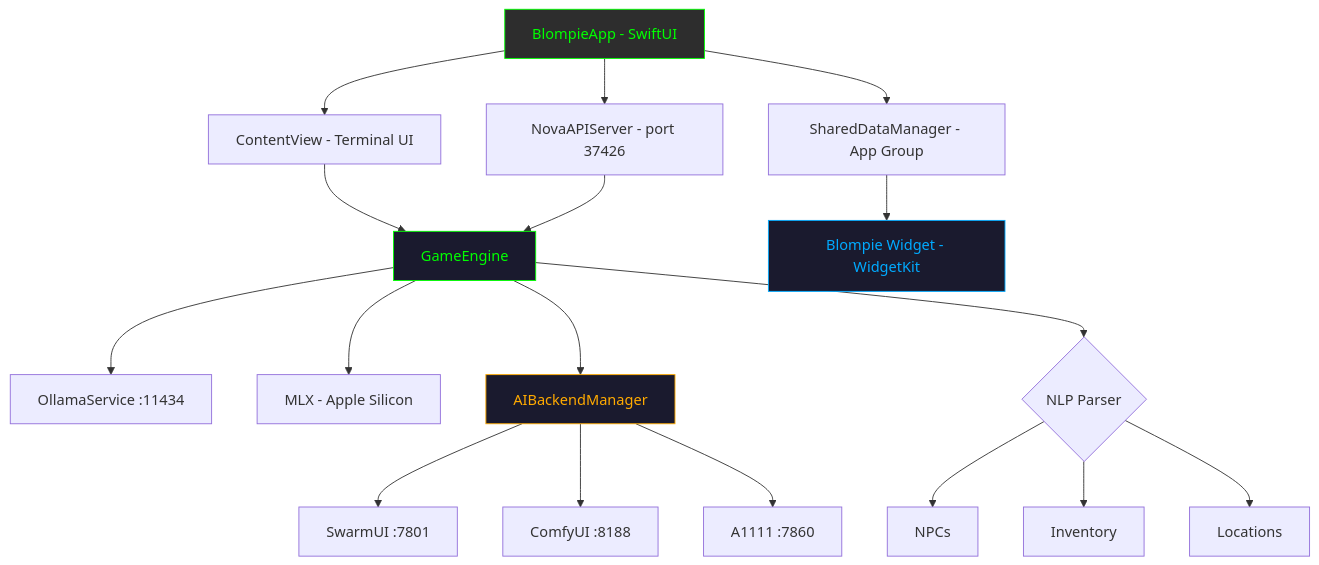
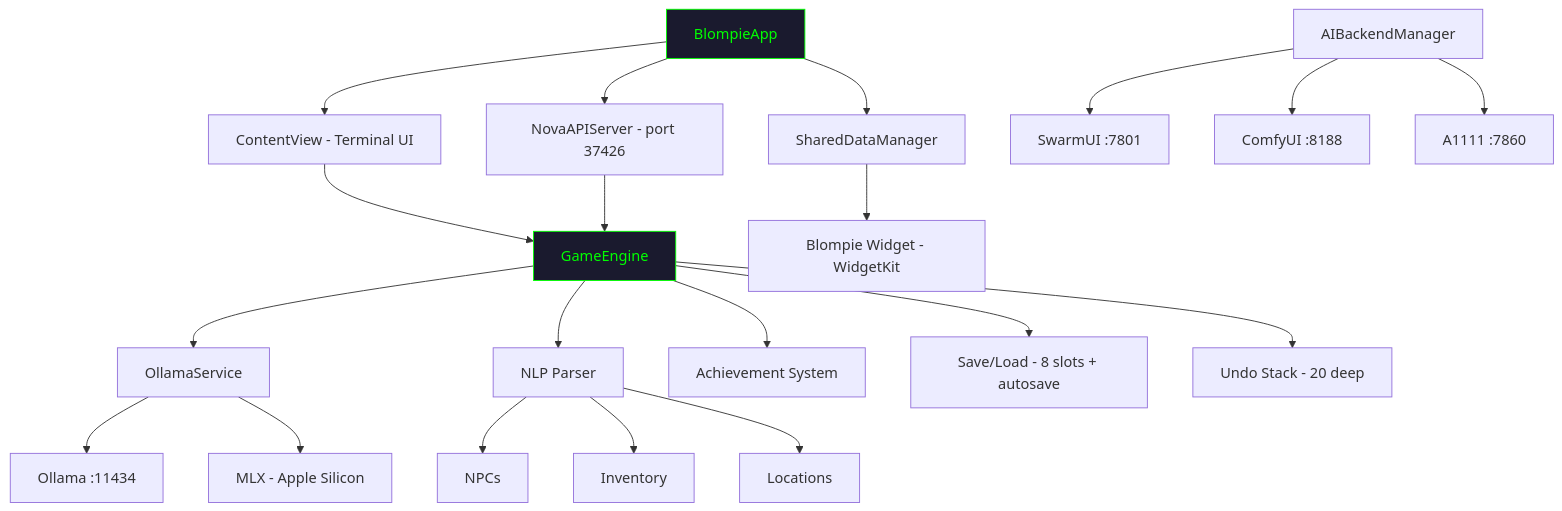
Before and after one commit to kochj23/Blompie: the first of 2 diagrams in README.md, drawn with Mermaid. The commit also changed other lines of this file, not shown here.

Commit message:
docs: Rewrite README with mermaid architecture diagrams

````diff
--- a/README.md
+++ b/README.md
@@ -22,28 +19,30 @@
 ```mermaid
 graph TD
-    A[BlompieApp - SwiftUI] --> B[ContentView - Terminal UI]
+    A[BlompieApp] --> B[ContentView - Terminal UI]
     A --> C[NovaAPIServer - port 37426]
-    A --> D[SharedDataManager - App Group]
+    A --> D[SharedDataManager]
 
     B --> E[GameEngine]
     C --> E
 
-    E --> F[OllamaService :11434]
-    E --> G[MLX - Apple Silicon]
-    E --> H[AIBackendManager]
-    D --> I[Blompie Widget - WidgetKit]
+    E --> F[OllamaService]
+    E --> G[NLP Parser]
+    G --> H[NPCs]
+    G --> I[Inventory]
+    G --> J[Locations]
+    E --> K[Achievement System]
+    E --> L[Save/Load - 8 slots + autosave]
+    E --> M[Undo Stack - 20 deep]
 
-    H --> J[SwarmUI :7801]
-    H --> K[ComfyUI :8188]
-    H --> L[A1111 :7860]
+    F --> N[Ollama :11434]
+    F --> O[MLX - Apple Silicon]
 
-    E --> M{NLP Parser}
-    M --> N[NPCs]
-    M --> O[Inventory]
-    M --> P[Locations]
+    P[AIBackendManager] --> Q[SwarmUI :7801]
+    P --> R[ComfyUI :8188]
+    P --> S[A1111 :7860]
 
-    style A fill:#2d2d2d,color:#00ff00,stroke:#00ff00
+    D --> T[Blompie Widget - WidgetKit]
+
+    style A fill:#1a1a2e,color:#00ff00,stroke:#00ff00
     style E fill:#1a1a2e,color:#00ff00,stroke:#00ff00
-    style H fill:#1a1a2e,color:#ffaa00,stroke:#ffaa00
-    style I fill:#1a1a2e,color:#00aaff,stroke:#00aaff
 ```
````
